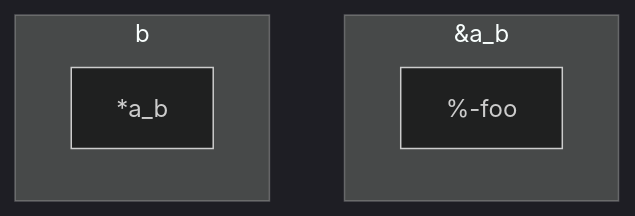
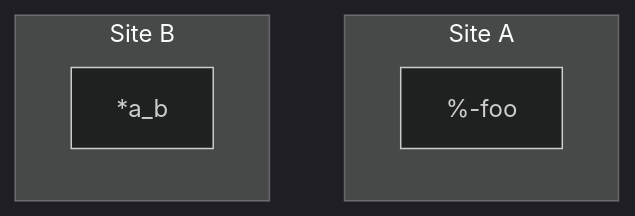
The diagram in docs/examples/anchor.md (ioggstream/vscode-d3fend-editor), drawn with Mermaid (dark theme) before and after one commit. The commit also changed 2 other files, not shown here.

````diff
--- a/docs/examples/anchor.md
+++ b/docs/examples/anchor.md
@@ -4,11 +4,11 @@
 ```mermaid
 graph
 
-subgraph &a_b
+subgraph &a_b ["Site A"]
 %-foo
 end
 
-subgraph b
+subgraph b ["Site B"]
 *a_b 
 end
 ```
````
